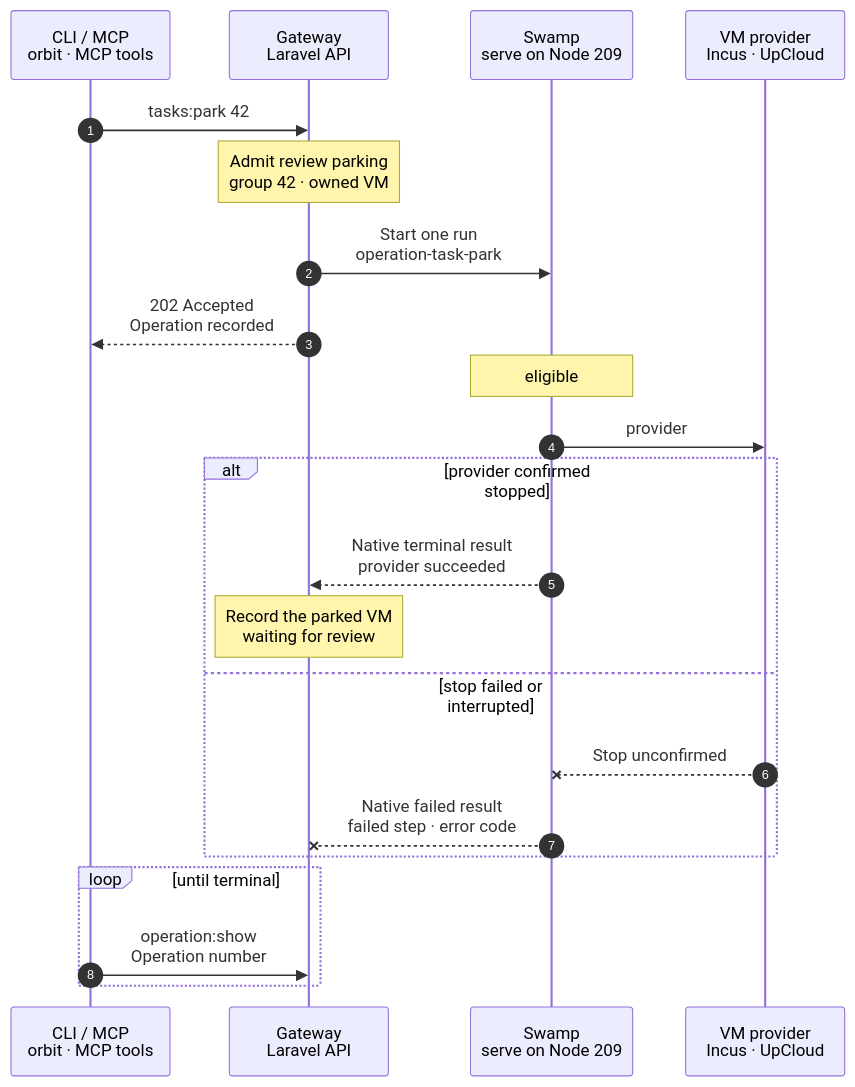
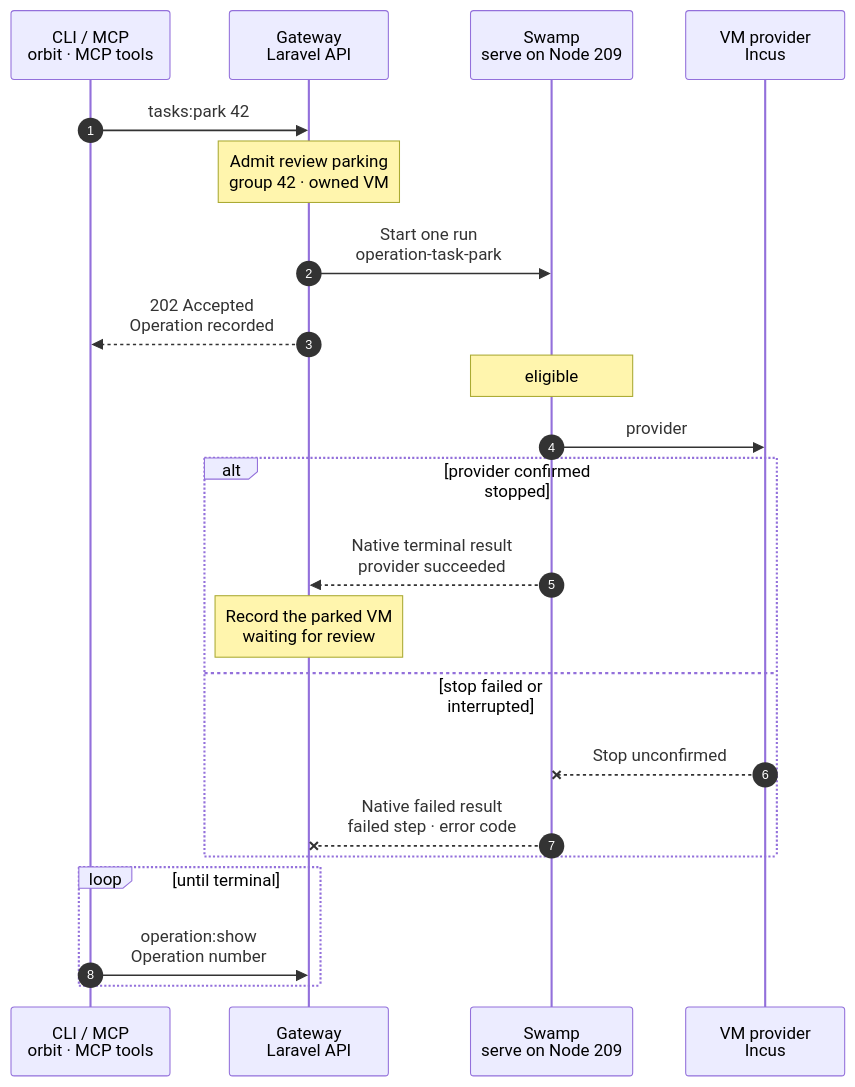
The diagram in docs/cli/tasks/park.mmd (hardimpactdev/orbit), drawn with Mermaid before and after one commit. The commit also changed 30 other files, not shown here.

```diff
--- a/docs/cli/tasks/park.mmd
+++ b/docs/cli/tasks/park.mmd
@@ -1,64 +1,64 @@
 sequenceDiagram
   %% Target design: docs/reference/tasks.md, explicit review parking; flow-tighten rule 14. The canonical provider child checks the stopped state; the Gateway retains admitted IDs.
   %% status: migrated
   %% command: tasks:park
   %% kind: tasks.park
   autonumber
   %% lane CLI icon=terminal pill=caller tone=gray
   %% lane GW icon=gateway pill=intent tone=blue
   %% lane SW icon=workflow pill=executes tone=green
   %% lane N icon=server pill=target tone=amber
   participant CLI as CLI / MCP<br/>orbit · MCP tools
   participant GW as Gateway<br/>Laravel API
   participant SW as Swamp<br/>serve on Node 209
-  participant N as VM provider<br/>Incus · UpCloud
+  participant N as VM provider<br/>Incus
   CLI->>GW: tasks:park 42
   %%> Command:
   %%> - `orbit tasks:park 42 --idempotency-key=park-1`
   %%> - syntax: `<group> [--idempotency-key=KEY] [--json]`
   Note over GW: Admit review parking<br/>group 42 · owned VM
   %%> Requirements:
   %%> - the external group has an open published PR, and every subtask is ended or still `todo`
   %%> - a `todo` subtask is parked only when no turn, check or prep run of the group is running; a prep run leaves its spec subtask `todo` because the code follows
   %%> - a subtask that runs or waits for review still refuses the park
   %%> - the group has no active execution, assistance or preview
   %%> - your Node has an access grant to the serving Node
   %%> Decided by the orchestrator, for Nick's review:
   %%> - the workspace lease is gone, so the park no longer checks for a held lease; the group's Operation lock already refuses a busy group
   GW->>SW: Start one run<br/>operation-task-park
   %%> Inputs:
   %%> - the admitted group, Project, Instance, VM and provider identity
-  %%> - SSH host pins for Incus or the existing vault descriptor for UpCloud
+  %%> - SSH host pins for Incus
   GW-->>CLI: 202 Accepted<br/>Operation recorded
   %%> Result:
   %%> - follow the Operation while Swamp stops the owned VM
   Note over SW: eligible
   %%> What it does:
   %%> - native assert retains the admission eligibility check before provider work
   SW->>N: provider
   %%> What it does:
   %%> - run the canonical provider stop action and check the stopped state
   %%> - an already stopped VM completes without another stop
   %%> - no script prints the admitted IDs or a second completion report
   alt provider confirmed stopped
     SW-->>GW: Native terminal result<br/>provider succeeded
     %%> Result:
     %%> - the same history read confirms the provider child succeeded
     Note over GW: Record the parked VM<br/>waiting for review
     %%> Result:
     %%> - record the admitted IDs and stop confirmation; keep the workspace and PR
   else stop failed or interrupted
     N--xSW: Stop unconfirmed
     %%> Result:
     %%> - the provider child retains the native failure
     SW--xGW: Native failed result<br/>failed step · error code
     %%> Result:
     %%> - retain the VM and group without recording a stop confirmation
     %%> Retry:
     %%> - inspect the failed provider action before admitting another park
   end
   loop until terminal
     CLI->>GW: operation:show<br/>Operation number
     %%> Returns:
     %%> - the Operation status and stop confirmation
   end
```
